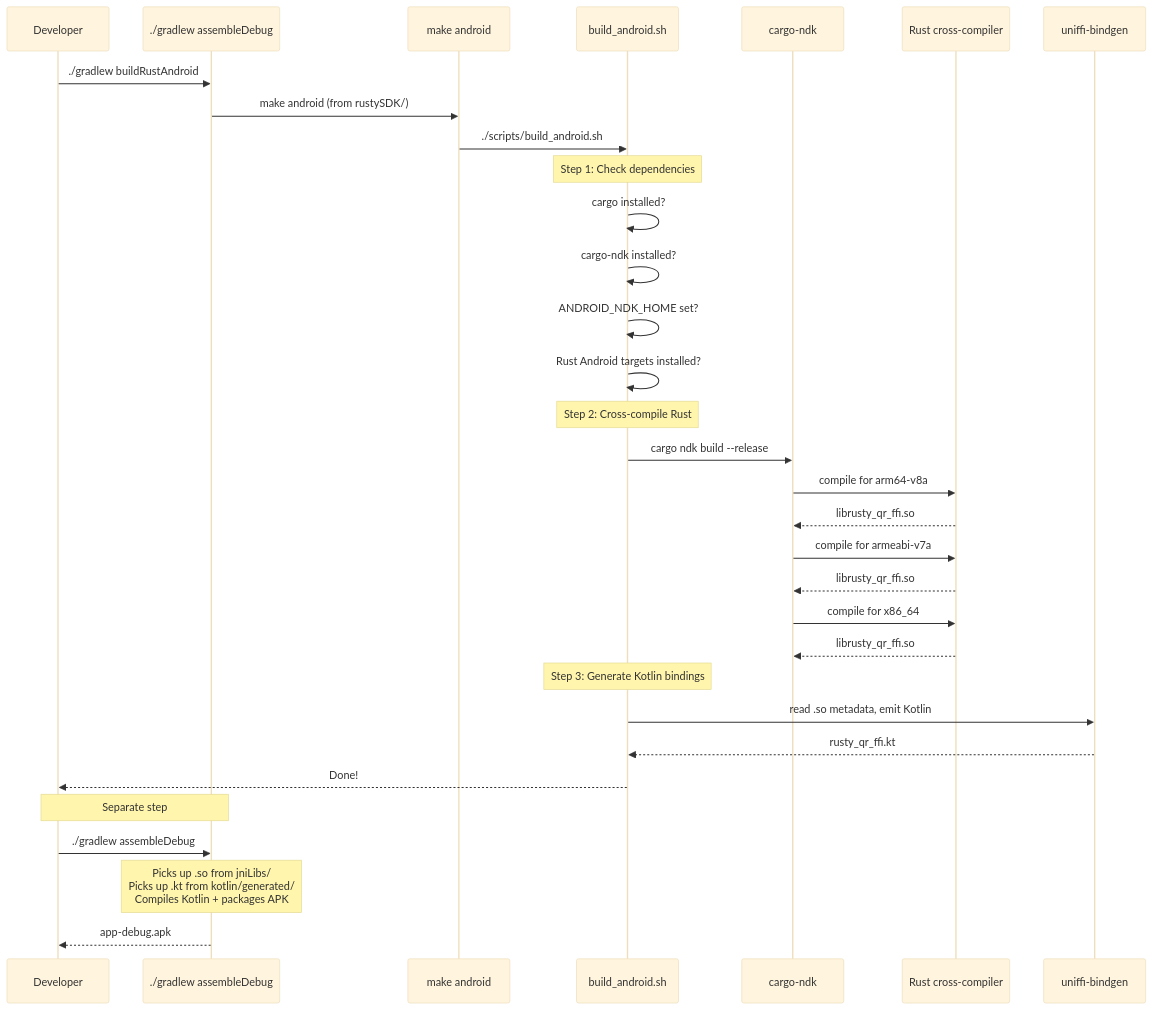
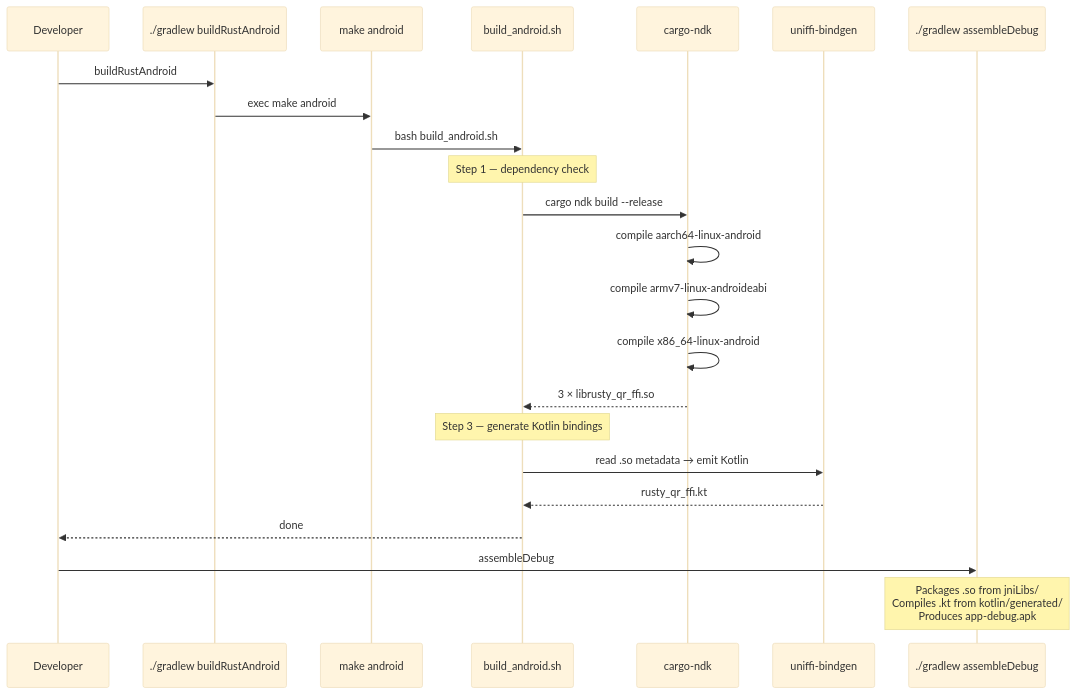
The second of 3 diagrams in composeApp/README.md (prasannajeet/RustyQR), drawn with Mermaid (base theme) before and after one commit. The commit also changed other lines of this file and 69 other files, not shown here.

````diff
--- a/composeApp/README.md
+++ b/composeApp/README.md
@@ -392,44 +189,31 @@
 ```mermaid
 sequenceDiagram
     participant Dev as Developer
-    participant Gradle as buildRustAndroid
-    participant Make as make android
-    participant Script as build_android.sh
+    participant G as ./gradlew buildRustAndroid
+    participant M as make android
+    participant S as build_android.sh
     participant CNDK as cargo-ndk
-    participant Rustc as Rust cross-compiler
     participant UB as uniffi-bindgen
-    participant Gradle as ./gradlew assembleDebug
+    participant GA as ./gradlew assembleDebug
 
-    Dev->>Gradle: ./gradlew buildRustAndroid
-    Gradle->>Make: make android (from rustySDK/)
-    Make->>Script: ./scripts/build_android.sh
+    Dev->>G: buildRustAndroid
+    G->>M: exec make android
+    M->>S: bash build_android.sh
 
-    Note over Script: Step 1: Check dependencies
-    Script->>Script: cargo installed?
-    Script->>Script: cargo-ndk installed?
-    Script->>Script: ANDROID_NDK_HOME set?
-    Script->>Script: Rust Android targets installed?
+    Note over S: Step 1 — dependency check
+    S->>CNDK: cargo ndk build --release
 
-    Note over Script: Step 2: Cross-compile Rust
-    Script->>CNDK: cargo ndk build --release
+    CNDK->>CNDK: compile aarch64-linux-android
+    CNDK->>CNDK: compile armv7-linux-androideabi
+    CNDK->>CNDK: compile x86_64-linux-android
+    CNDK-->>S: 3 × librusty_qr_ffi.so
 
-    CNDK->>Rustc: compile for arm64-v8a
-    Rustc-->>CNDK: librusty_qr_ffi.so
+    Note over S: Step 3 — generate Kotlin bindings
+    S->>UB: read .so metadata → emit Kotlin
+    UB-->>S: rusty_qr_ffi.kt
 
-    CNDK->>Rustc: compile for armeabi-v7a
-    Rustc-->>CNDK: librusty_qr_ffi.so
+    S-->>Dev: done
 
-    CNDK->>Rustc: compile for x86_64
-    Rustc-->>CNDK: librusty_qr_ffi.so
-
-    Note over Script: Step 3: Generate Kotlin bindings
-    Script->>UB: read .so metadata, emit Kotlin
-    UB-->>Script: rusty_qr_ffi.kt
-
-    Script-->>Dev: Done!
-
-    Note over Dev,Gradle: Separate step
-    Dev->>Gradle: ./gradlew assembleDebug
-    Note over Gradle: Picks up .so from jniLibs/<br/>Picks up .kt from kotlin/generated/<br/>Compiles Kotlin + packages APK
-    Gradle-->>Dev: app-debug.apk
+    Dev->>GA: assembleDebug
+    Note over GA: Packages .so from jniLibs/<br/>Compiles .kt from kotlin/generated/<br/>Produces app-debug.apk
 ```
````
